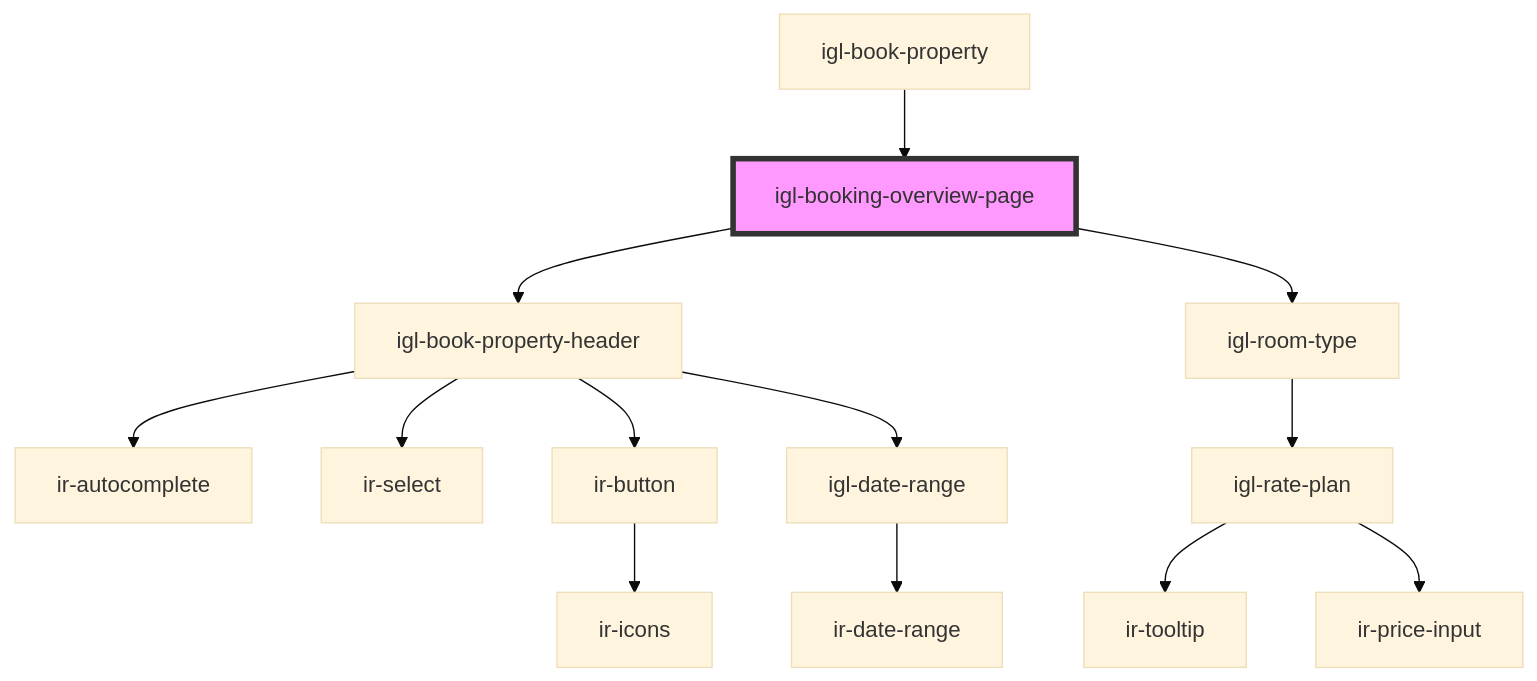
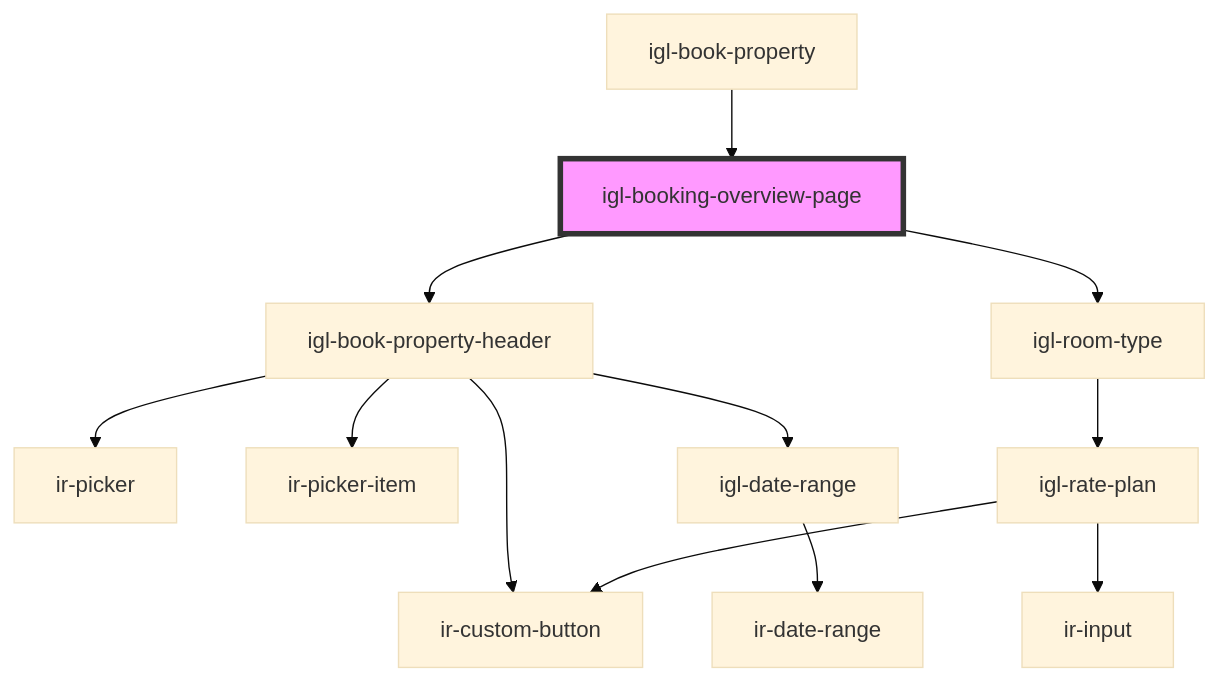
Before and after one commit to David1Chowaifaty/modified-ir-webcmp: the diagram in src/components/igloo-calendar/igl-book-property/igl-booking-overview-page/readme.md, drawn with Mermaid (base theme). The commit also changed 28 other files, not shown here.

First line of the commit message:
Refactor igl-book-property components to enhance functionality and styling

````diff
--- a/src/components/igloo-calendar/igl-book-property/igl-booking-overview-page/readme.md
+++ b/src/components/igloo-calendar/igl-book-property/igl-booking-overview-page/readme.md
@@ -49,16 +49,15 @@
 ```mermaid
 graph TD;
   igl-booking-overview-page --> igl-book-property-header
   igl-booking-overview-page --> igl-room-type
-  igl-book-property-header --> ir-autocomplete
-  igl-book-property-header --> ir-select
-  igl-book-property-header --> ir-button
+  igl-book-property-header --> ir-picker
+  igl-book-property-header --> ir-picker-item
+  igl-book-property-header --> ir-custom-button
   igl-book-property-header --> igl-date-range
-  ir-button --> ir-icons
   igl-date-range --> ir-date-range
   igl-room-type --> igl-rate-plan
-  igl-rate-plan --> ir-tooltip
-  igl-rate-plan --> ir-price-input
+  igl-rate-plan --> ir-input
+  igl-rate-plan --> ir-custom-button
   igl-book-property --> igl-booking-overview-page
   style igl-booking-overview-page fill:#f9f,stroke:#333,stroke-width:4px
 ```
````
